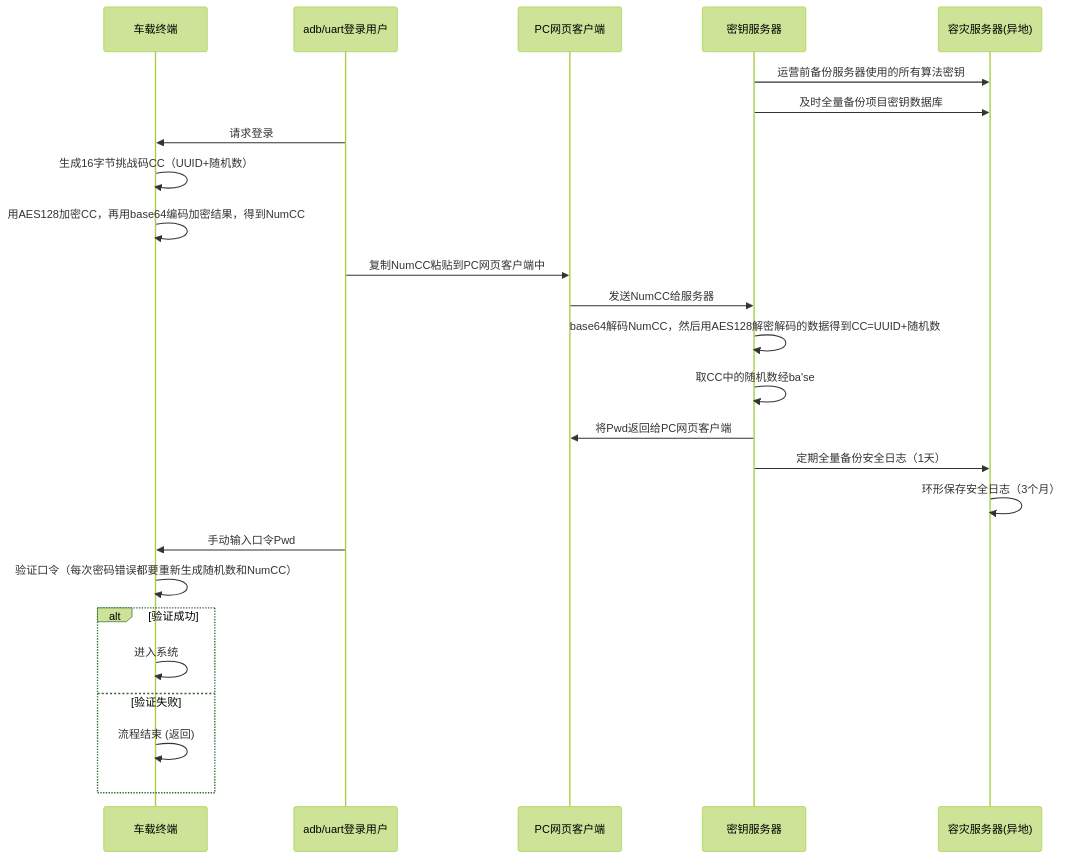
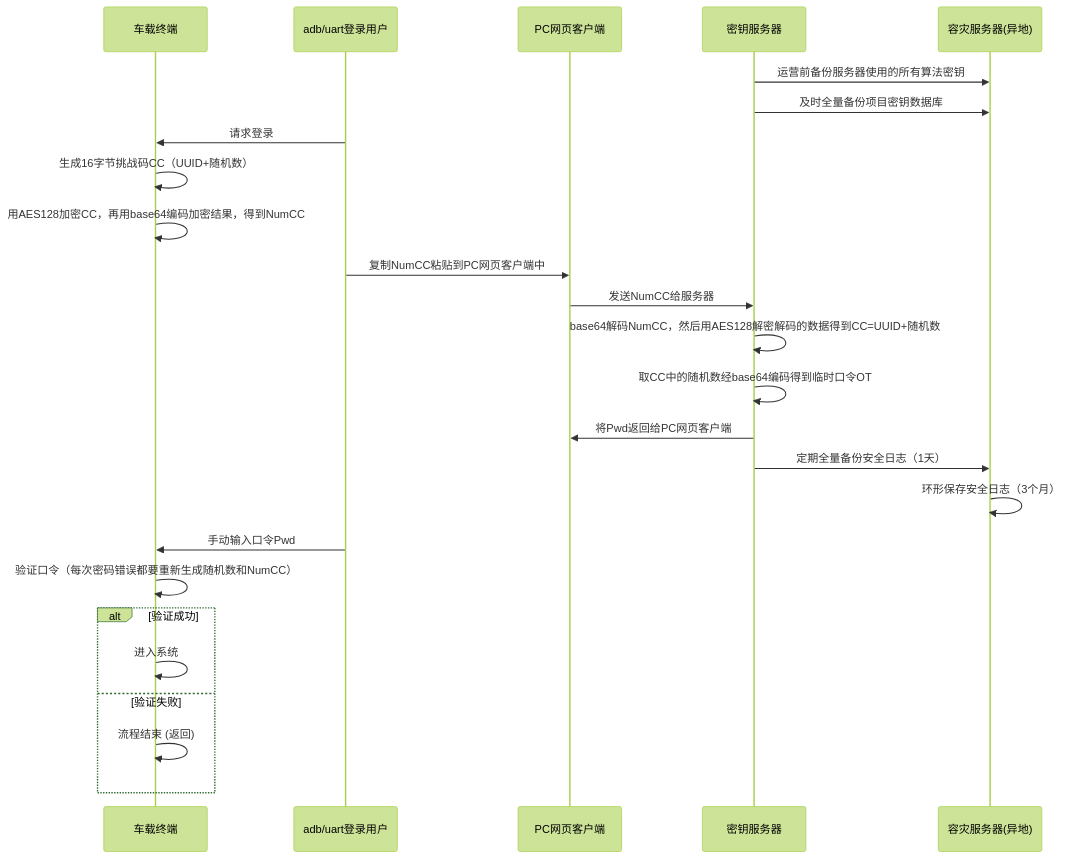
One commit to facebook-cloud/iodraw-files changed the diagram in all/未命名-21.md. Above: the diagram before and after it, drawn with Mermaid (forest theme).

Commit message:
2026-04-14 13:27:07 update

````diff
--- a/all/未命名-21.md
+++ b/all/未命名-21.md
@@ -1,32 +1,32 @@
 ```mermaid
 sequenceDiagram
     participant tbox as 车载终端
     participant user as adb/uart登录用户
     participant pc as PC网页客户端
     participant tech_center as 密钥服务器
     participant backup as 容灾服务器(异地)
   
     tech_center->>backup: 运营前备份服务器使用的所有算法密钥
     tech_center->>backup: 及时全量备份项目密钥数据库
 
     user->>tbox: 请求登录
     tbox->>tbox: 生成16字节挑战码CC（UUID+随机数）
     tbox->>tbox: 用AES128加密CC，再用base64编码加密结果，得到NumCC
     user->>pc: 复制NumCC粘贴到PC网页客户端中
     pc->>tech_center: 发送NumCC给服务器
     tech_center->>tech_center: base64解码NumCC，然后用AES128解密解码的数据得到CC=UUID+随机数
-    tech_center->>tech_center: 取CC中的随机数经ba'se
+    tech_center->>tech_center: 取CC中的随机数经base64编码得到临时口令OT
     tech_center->>pc: 将Pwd返回给PC网页客户端
 
     tech_center->>backup: 定期全量备份安全日志（1天）
     backup->>backup: 环形保存安全日志（3个月）
     user->>tbox: 手动输入口令Pwd
     tbox->>tbox: 验证口令（每次密码错误都要重新生成随机数和NumCC）
     alt 验证成功
         tbox->>tbox: 进入系统
     else 验证失败
         tbox->>tbox: 流程结束 (返回)
     end
 
 
 ```
````
